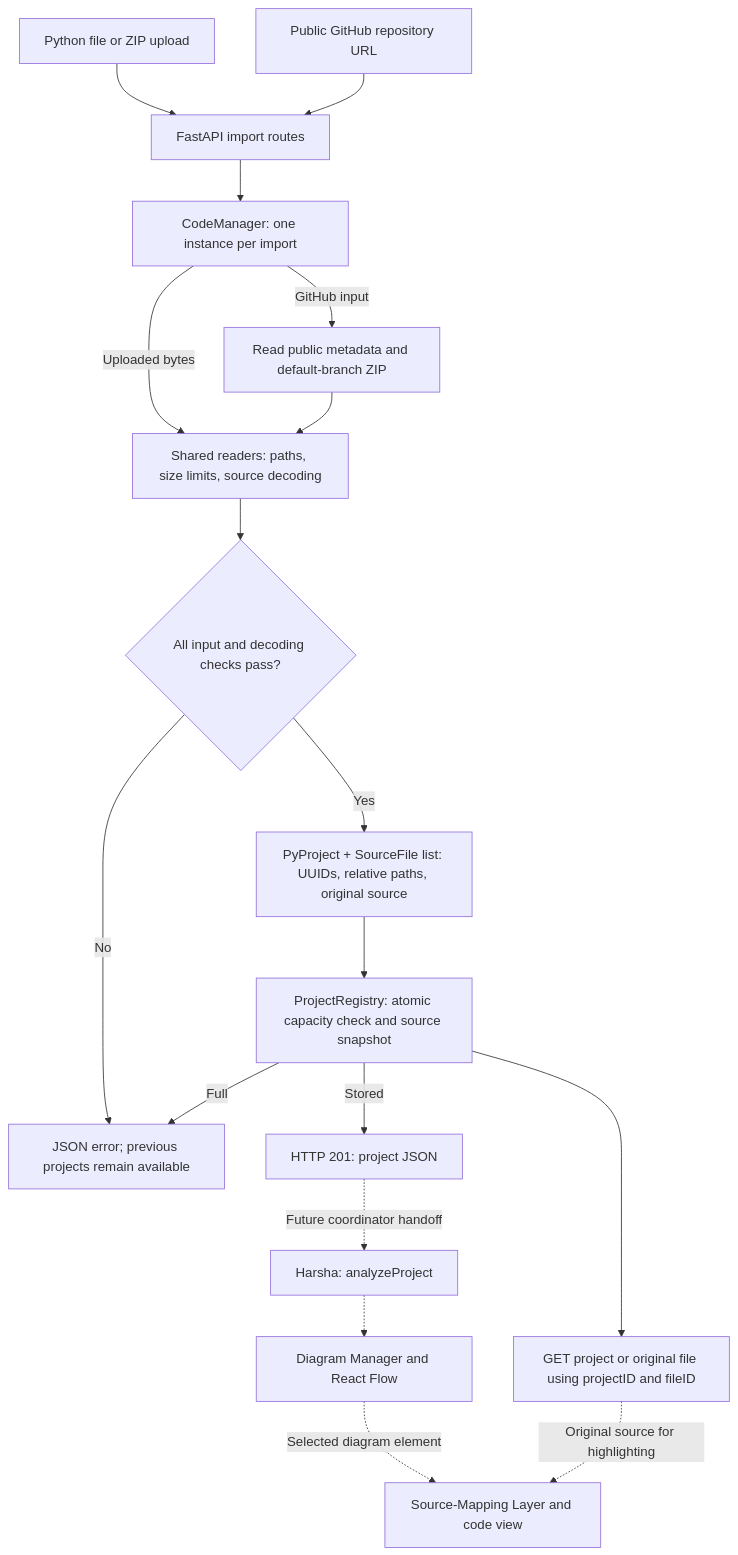
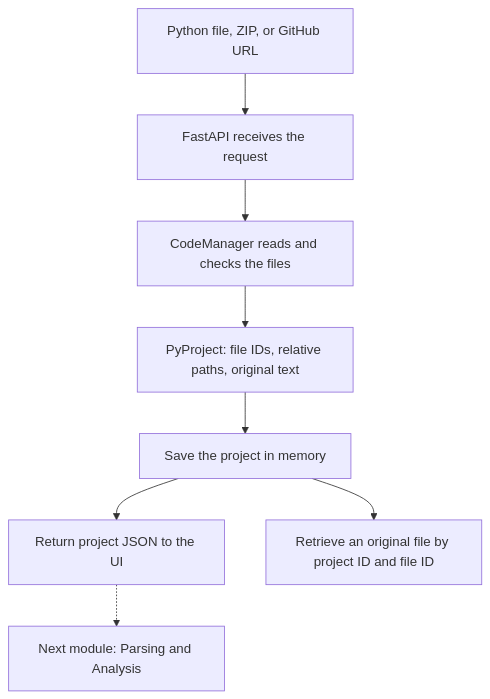
One commit to grace-atm/FlowBridge changed the diagram in README.md. Above: the diagram before and after it, drawn with Mermaid. The commit also changed other lines of this file and 1 other file, not shown here.

Commit message:
Simplify the Code Manager reading guide

````diff
--- a/README.md
+++ b/README.md
@@ -12,20 +25,10 @@
 ```mermaid
 flowchart TD
-    Upload["Python file or ZIP upload"] --> API["FastAPI import routes"]
-    URL["Public GitHub repository URL"] --> API
-    API --> Manager["CodeManager: one instance per import"]
-    Manager -->|GitHub input| GitHub["Read public metadata and default-branch ZIP"]
-    Manager -->|Uploaded bytes| Readers["Shared readers: paths, size limits, source decoding"]
-    GitHub --> Readers
-    Readers --> Valid{"All input and decoding checks pass?"}
-    Valid -->|No| Error["JSON error; previous projects remain available"]
-    Valid -->|Yes| Project["PyProject + SourceFile list: UUIDs, relative paths, original source"]
-    Project --> Registry["ProjectRegistry: atomic capacity check and source snapshot"]
-    Registry -->|Full| Error
-    Registry -->|Stored| Result["HTTP 201: project JSON"]
-    Registry --> Lookup["GET project or original file using projectID and fileID"]
-    Result -.->|Future coordinator handoff| Parser["Harsha: analyzeProject"]
-    Parser -.-> Diagram["Diagram Manager and React Flow"]
-    Diagram -.->|Selected diagram element| Mapping["Source-Mapping Layer and code view"]
-    Lookup -.->|Original source for highlighting| Mapping
+    Input["Python file, ZIP, or GitHub URL"] --> API["FastAPI receives the request"]
+    API --> Manager["CodeManager reads and checks the files"]
+    Manager --> Project["PyProject: file IDs, relative paths, original text"]
+    Project --> Registry["Save the project in memory"]
+    Registry --> Result["Return project JSON to the UI"]
+    Registry --> Lookup["Retrieve an original file by project ID and file ID"]
+    Result -.-> Parser["Next module: Parsing and Analysis"]
 ```
````
